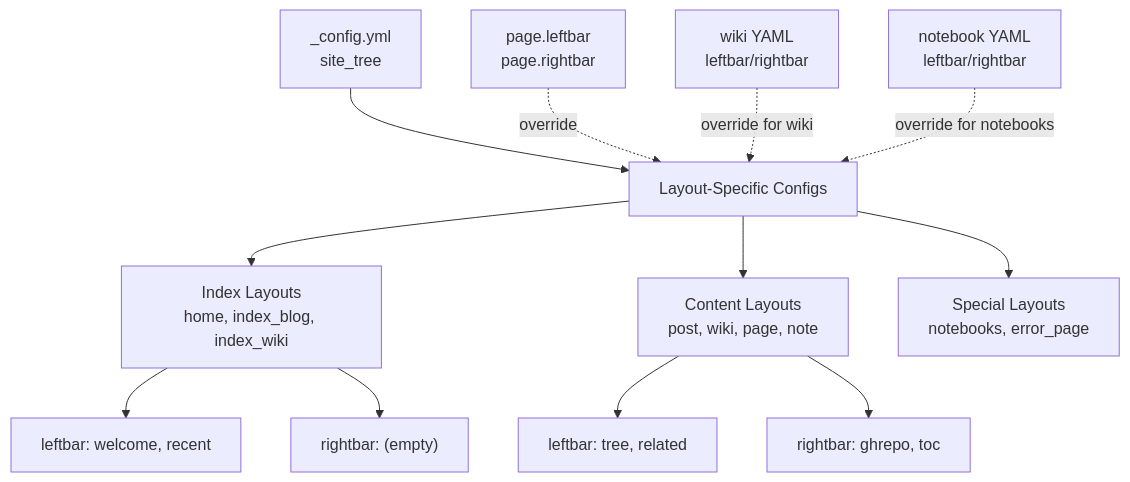
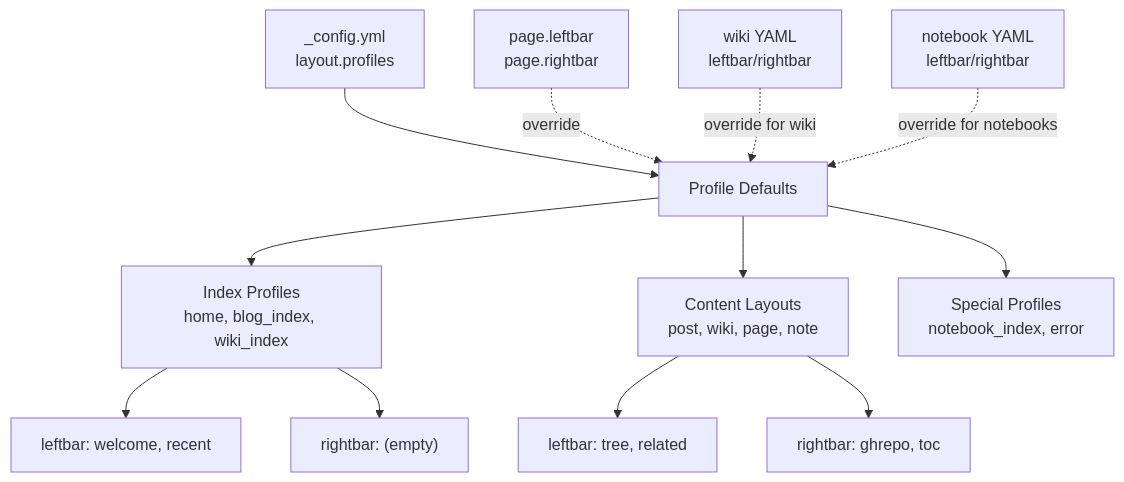
One commit to xaoxuu/hexo-theme-stellar changed the second of 4 diagrams in docs/knowledge/02-布局系统/sidebar-system.md. Above: the diagram before and after it, drawn with Mermaid. The commit also changed other lines of this file and 60 other files, not shown here.

Commit message:
refactor(v2): 迁移 Layout Profile 配置 (#707)

````diff
--- a/docs/knowledge/02-布局系统/sidebar-system.md
+++ b/docs/knowledge/02-布局系统/sidebar-system.md
@@ -92,18 +92,18 @@
 ```mermaid
 graph TB
-    GlobalConfig["_config.yml<br/>site_tree"] --> LayoutConfigs["Layout-Specific Configs"]
+    GlobalConfig["_config.yml<br/>layout.profiles"] --> LayoutConfigs["Profile Defaults"]
     
-    LayoutConfigs --> IndexLayouts["Index Layouts<br/>home, index_blog, index_wiki"]
+    LayoutConfigs --> IndexLayouts["Index Profiles<br/>home, blog_index, wiki_index"]
     LayoutConfigs --> ContentLayouts["Content Layouts<br/>post, wiki, page, note"]
-    LayoutConfigs --> SpecialLayouts["Special Layouts<br/>notebooks, error_page"]
+    LayoutConfigs --> SpecialLayouts["Special Profiles<br/>notebook_index, error"]
     
     IndexLayouts --> LeftbarList1["leftbar: welcome, recent"]
     IndexLayouts --> RightbarList1["rightbar: (empty)"]
     
     ContentLayouts --> LeftbarList2["leftbar: tree, related"]
     ContentLayouts --> RightbarList2["rightbar: ghrepo, toc"]
     
     PageFrontMatter["page.leftbar<br/>page.rightbar"] -.->|"override"| LayoutConfigs
     WikiYAML["wiki YAML<br/>leftbar/rightbar"] -.->|"override for wiki"| LayoutConfigs
     NotebookYAML["notebook YAML<br/>leftbar/rightbar"] -.->|"override for notebooks"| LayoutConfigs
 ```
````
